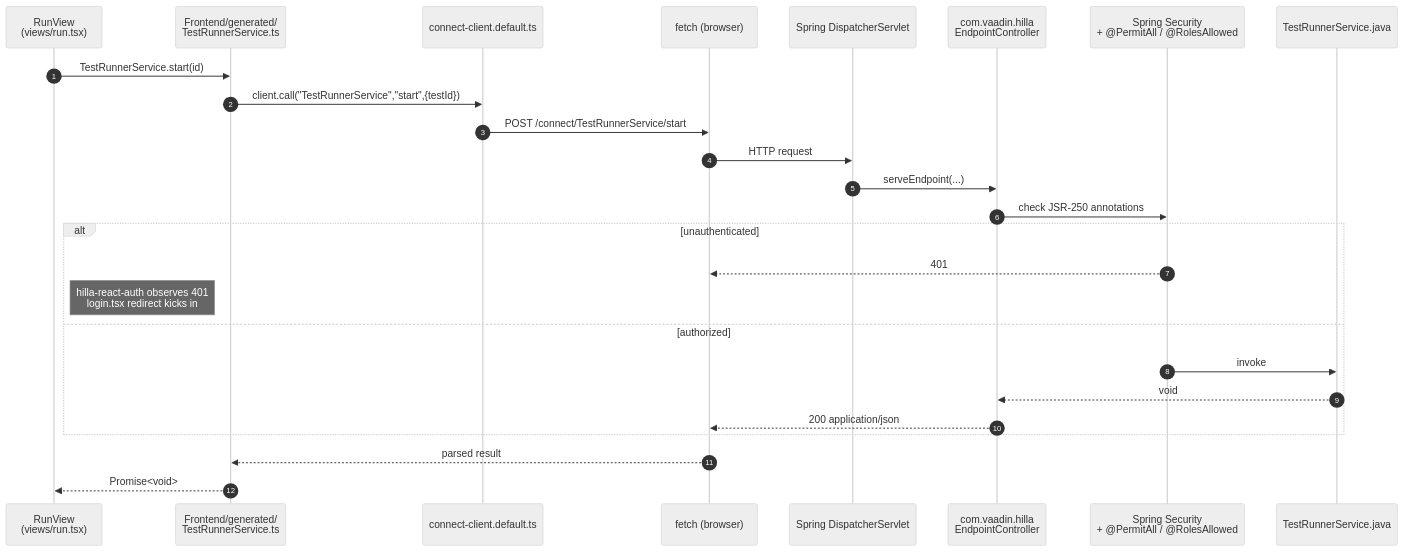
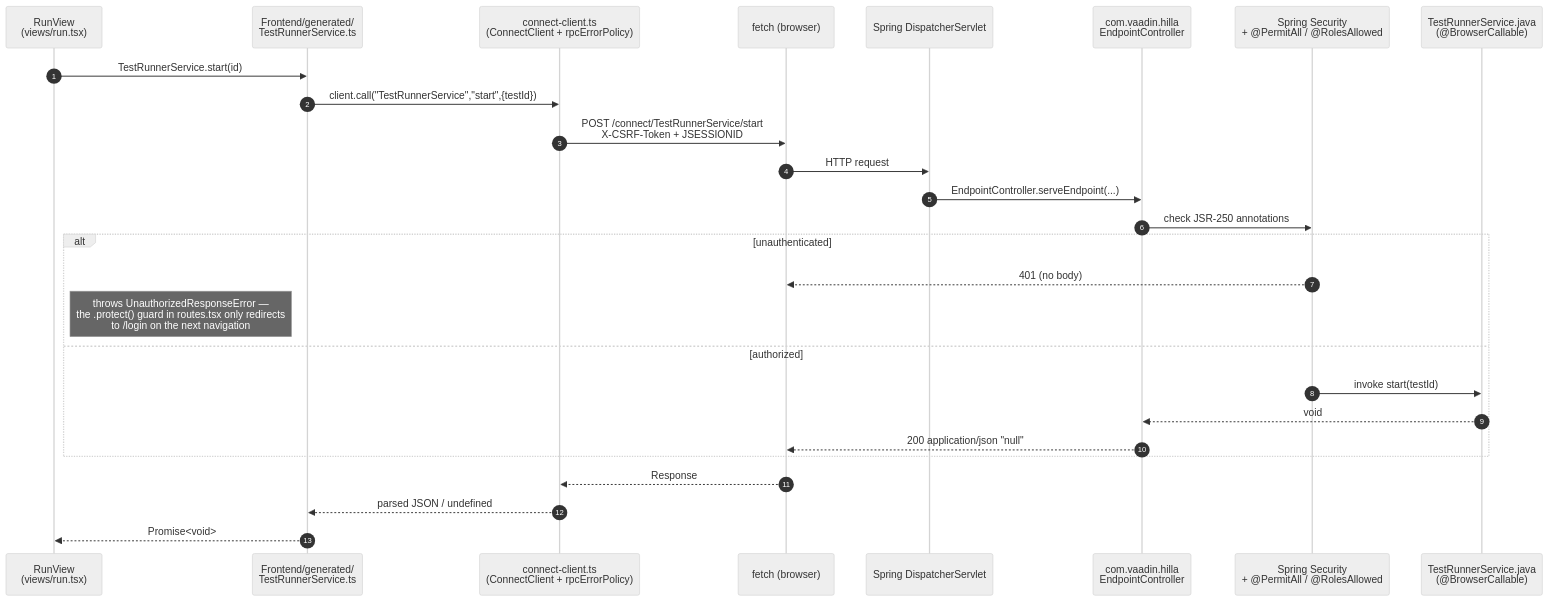
Before and after one commit to rupfizupfi/breaktest-command-deck: the diagram in doc/04-frontend/hilla-generated-layer.md, drawn with Mermaid (neutral theme). The commit also changed other lines of this file and 4 other files, not shown here.

````diff
--- a/doc/04-frontend/hilla-generated-layer.md
+++ b/doc/04-frontend/hilla-generated-layer.md
@@ -24,29 +25,30 @@
 ```mermaid
 sequenceDiagram
     autonumber
     participant View as RunView<br/>(views/run.tsx)
     participant Generated as Frontend/generated/<br/>TestRunnerService.ts
-    participant Client as connect-client.default.ts
+    participant Client as connect-client.ts<br/>(ConnectClient + rpcErrorPolicy)
     participant Net as fetch (browser)
     participant Spring as Spring DispatcherServlet
     participant Hilla as com.vaadin.hilla<br/>EndpointController
     participant Sec as Spring Security<br/>+ @PermitAll / @RolesAllowed
-    participant Bean as TestRunnerService.java
+    participant Bean as TestRunnerService.java<br/>(@BrowserCallable)
 
     View->>Generated: TestRunnerService.start(id)
     Generated->>Client: client.call("TestRunnerService","start",{testId})
-    Client->>Net: POST /connect/TestRunnerService/start
+    Client->>Net: POST /connect/TestRunnerService/start<br/>X-CSRF-Token + JSESSIONID
     Net->>Spring: HTTP request
-    Spring->>Hilla: serveEndpoint(...)
+    Spring->>Hilla: EndpointController.serveEndpoint(...)
     Hilla->>Sec: check JSR-250 annotations
     alt unauthenticated
-        Sec-->>Net: 401
-        Note right of View: hilla-react-auth observes 401<br/>login.tsx redirect kicks in
+        Sec-->>Net: 401 (no body)
+        Note right of View: throws UnauthorizedResponseError —<br/>the .protect() guard in routes.tsx only redirects<br/>to /login on the next navigation
     else authorized
-        Sec->>Bean: invoke
+        Sec->>Bean: invoke start(testId)
         Bean-->>Hilla: void
-        Hilla-->>Net: 200 application/json
+        Hilla-->>Net: 200 application/json "null"
     end
-    Net-->>Generated: parsed result
+    Net-->>Client: Response
+    Client-->>Generated: parsed JSON / undefined
     Generated-->>View: Promise<void>
 ```
````
